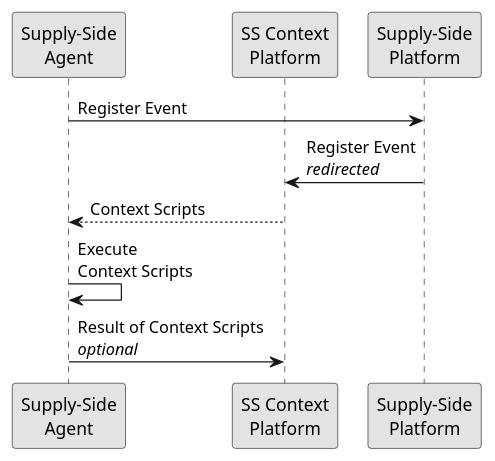
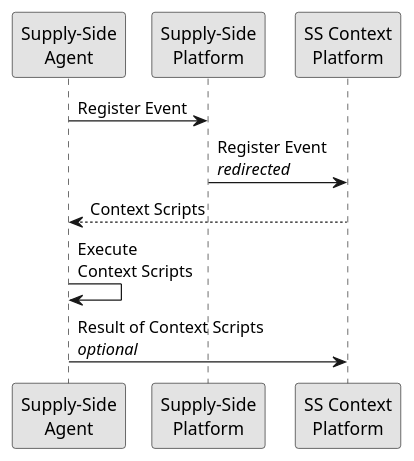
Before and after one commit to adshares/adshares-docs: the diagram in protocol/impressions/user_navigates.rst, drawn with PlantUML. The commit also changed other lines of this file and 8 other files, not shown here.

Commit message:
split payment diagrams

```diff
--- a/protocol/impressions/user_navigates.rst
+++ b/protocol/impressions/user_navigates.rst
@@ -6,14 +6,14 @@
 .. uml::
     :align: center
 
     skinparam monochrome true
 
     participant "Supply-Side\nAgent"       as SSA
+    participant "Supply-Side\nPlatform"    as SSP
     participant "SS Context\nPlatform"     as SSCP
-    participant "Supply-Side\nPlatform"    as SSP
 
     SSA -> SSP : Register Event
     SSP -> SSCP : Register Event\n//redirected//
     SSCP --> SSA: Context Scripts
     SSA -> SSA: Execute\nContext Scripts
     SSA -> SSCP: Result of Context Scripts\n//optional//
```
